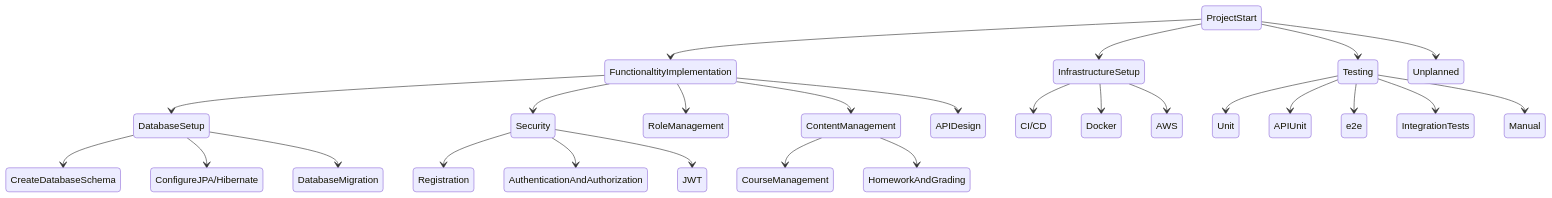
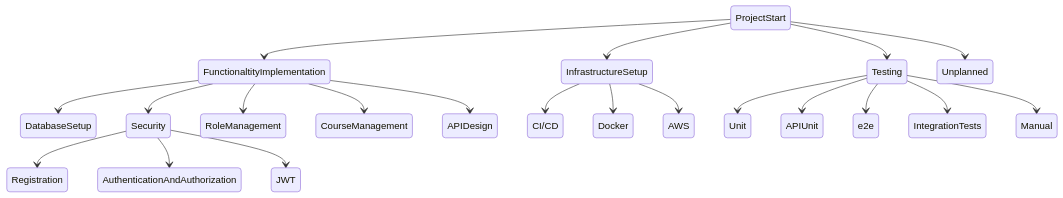
One commit to RomanSulymka/CourseManagementSystem changed the diagram in README.md. Above: the diagram before and after it, drawn with Mermaid.

````diff
--- a/README.md
+++ b/README.md
@@ -6,29 +6,24 @@
 ```mermaid
 stateDiagram
     ProjectStart --> FunctionaltityImplementation
     FunctionaltityImplementation --> DatabaseSetup
-        DatabaseSetup --> CreateDatabaseSchema
-        DatabaseSetup --> ConfigureJPA/Hibernate
-        DatabaseSetup --> DatabaseMigration
     FunctionaltityImplementation --> Security
         Security --> Registration
         Security --> AuthenticationAndAuthorization
         Security --> JWT
     FunctionaltityImplementation --> RoleManagement
-    FunctionaltityImplementation --> ContentManagement
-            ContentManagement --> CourseManagement
-            ContentManagement --> HomeworkAndGrading
+    FunctionaltityImplementation --> CourseManagement
     FunctionaltityImplementation --> APIDesign
     ProjectStart --> InfrastructureSetup
         InfrastructureSetup --> CI/CD
         InfrastructureSetup --> Docker
         InfrastructureSetup --> AWS
     ProjectStart --> Testing
         Testing --> Unit
         Testing --> APIUnit
         Testing --> e2e
         Testing --> IntegrationTests
         Testing --> Manual
     ProjectStart --> Unplanned
     
 ```
````
